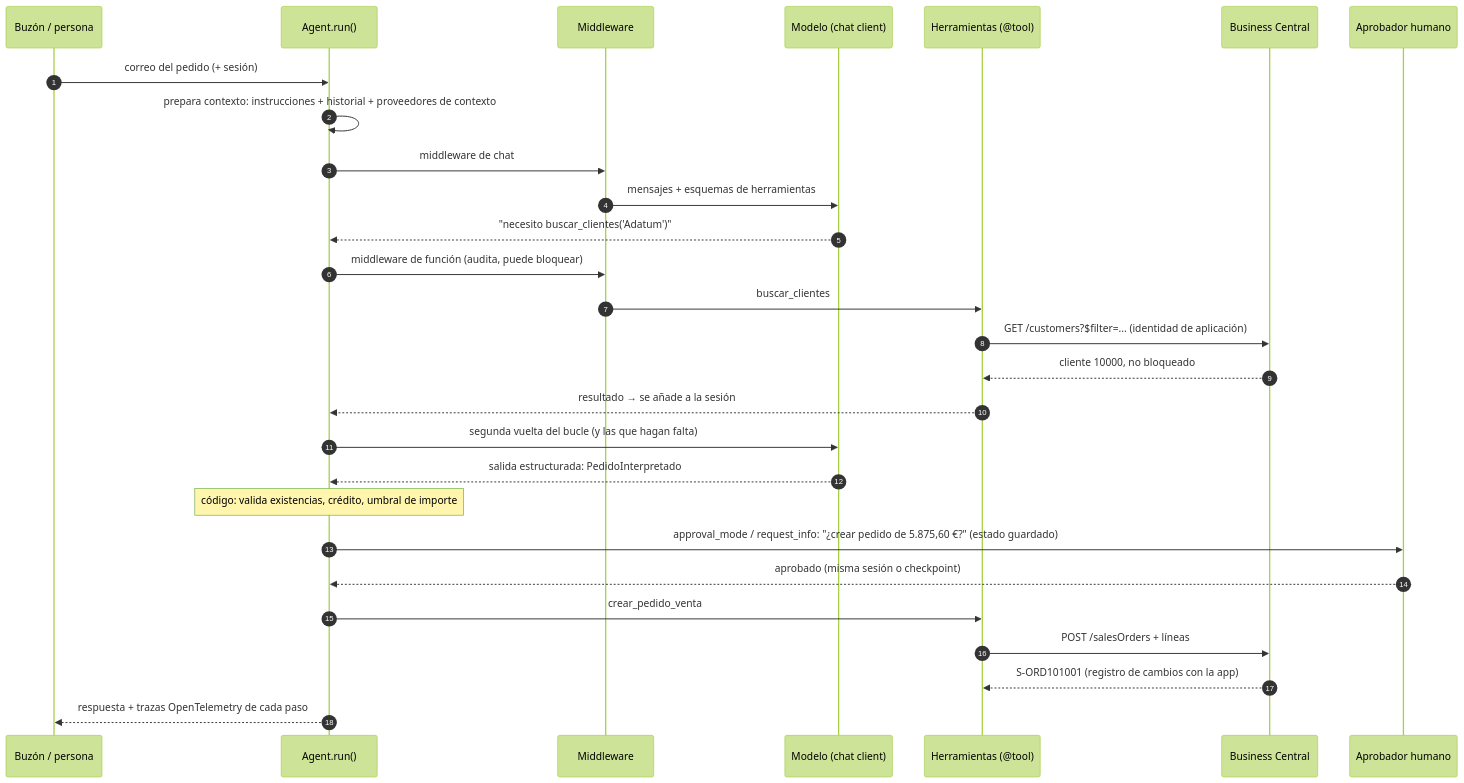
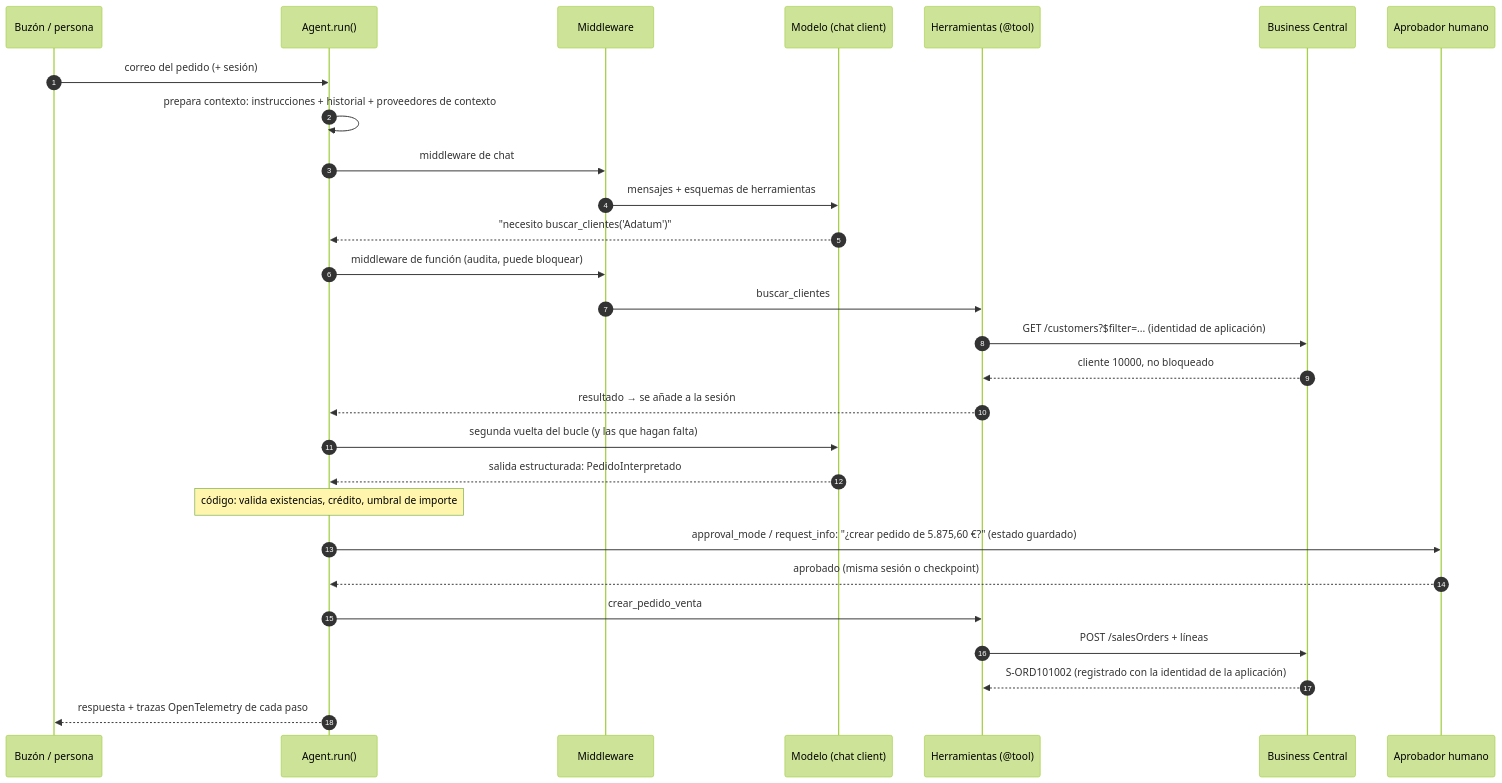
One commit to JavierCavaGonzalez/agente-pedidos-business-central changed the second of 3 diagrams in docs/arquitectura.md. Above: the diagram before and after it, drawn with Mermaid (forest theme). The commit also changed 2 other files, not shown here.

Commit message:
Precisiones del README y los diagramas tras la revisión

````diff
--- a/docs/arquitectura.md
+++ b/docs/arquitectura.md
@@ -37,30 +37,30 @@
 ```mermaid
 sequenceDiagram
     autonumber
     participant U as Buzón / persona
     participant A as Agent.run()
     participant MW as Middleware
     participant M as Modelo (chat client)
     participant T as Herramientas (@tool)
     participant BC as Business Central
     participant H as Aprobador humano
     U->>A: correo del pedido (+ sesión)
     A->>A: prepara contexto: instrucciones + historial + proveedores de contexto
     A->>MW: middleware de chat
     MW->>M: mensajes + esquemas de herramientas
     M-->>A: "necesito buscar_clientes('Adatum')"
     A->>MW: middleware de función (audita, puede bloquear)
     MW->>T: buscar_clientes
     T->>BC: GET /customers?$filter=... (identidad de aplicación)
     BC-->>T: cliente 10000, no bloqueado
     T-->>A: resultado → se añade a la sesión
     A->>M: segunda vuelta del bucle (y las que hagan falta)
     M-->>A: salida estructurada: PedidoInterpretado
     Note over A: código: valida existencias, crédito, umbral de importe
     A->>H: approval_mode / request_info: "¿crear pedido de 5.875,60 €?" (estado guardado)
     H-->>A: aprobado (misma sesión o checkpoint)
     A->>T: crear_pedido_venta
     T->>BC: POST /salesOrders + líneas
-    BC-->>T: S-ORD101001 (registro de cambios con la app)
+    BC-->>T: S-ORD101002 (registrado con la identidad de la aplicación)
     A-->>U: respuesta + trazas OpenTelemetry de cada paso
 ```
````
